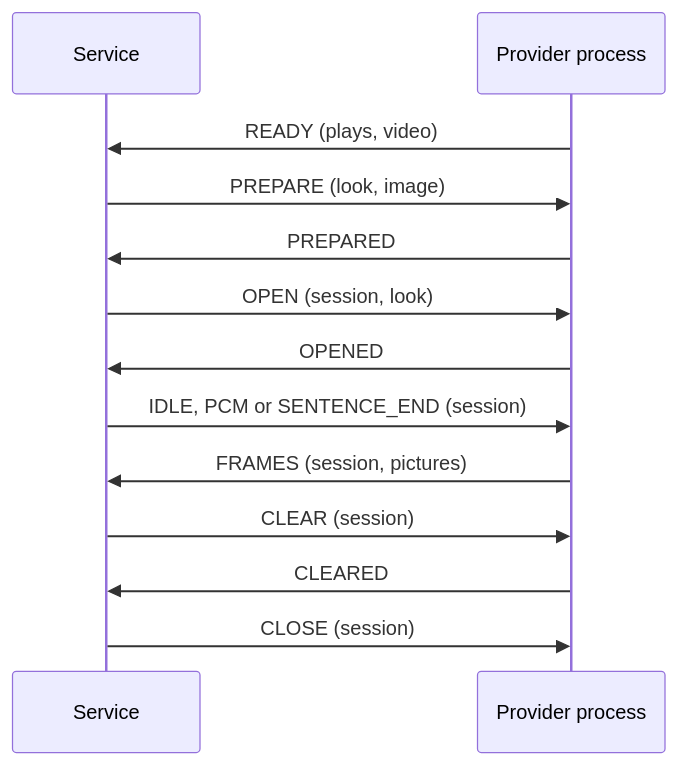
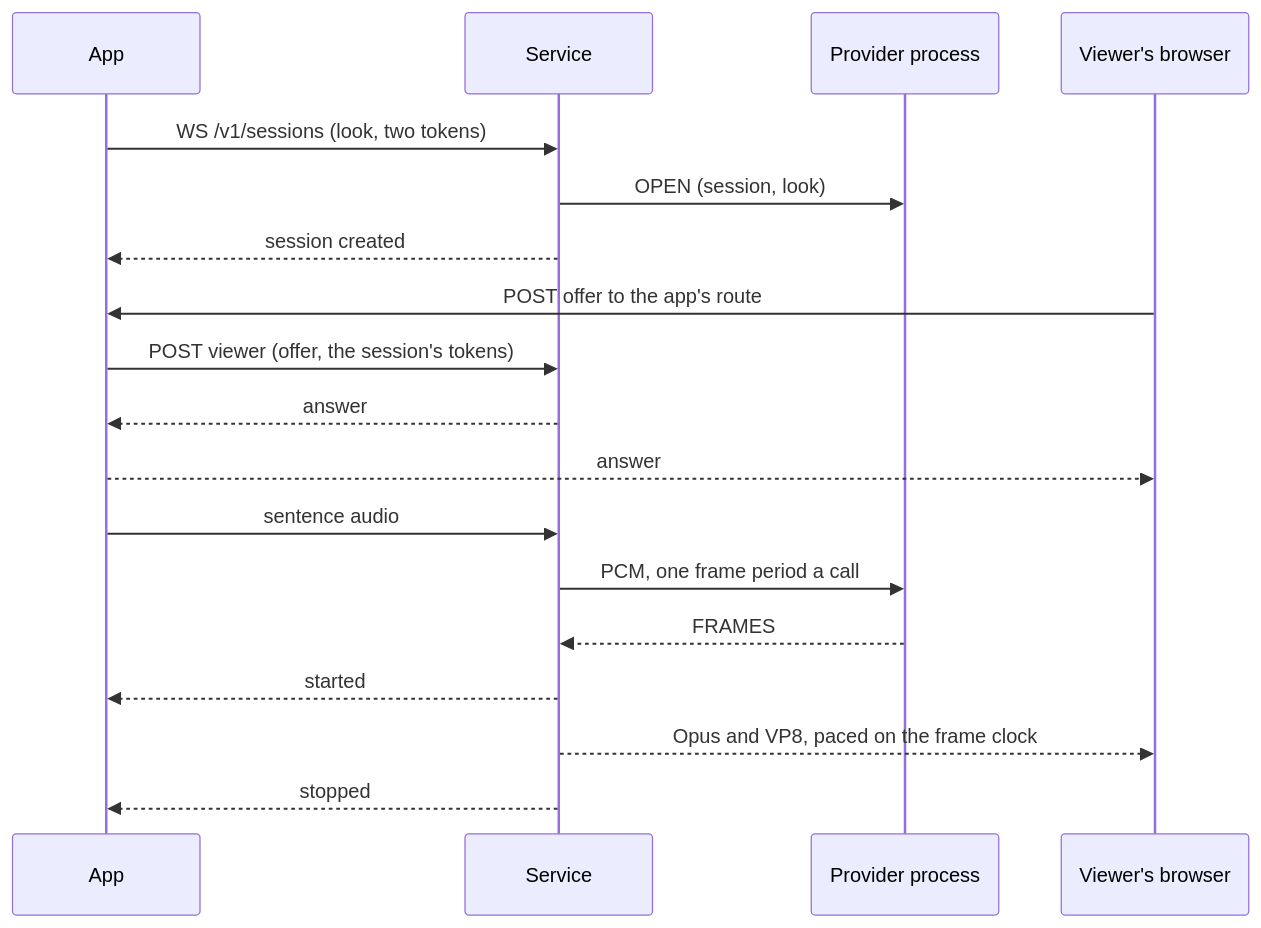
Before and after one commit to overnightworks/video: the second of 2 diagrams in docs/ARCHITECTURE.md, drawn with Mermaid. The commit also changed other lines of this file and 12 other files, not shown here.

````diff
--- a/docs/ARCHITECTURE.md
+++ b/docs/ARCHITECTURE.md
@@ -120,15 +45,20 @@
 ```mermaid
 sequenceDiagram
+    participant A as App
     participant S as Service
     participant P as Provider process
-    P->>S: READY (plays, video)
-    S->>P: PREPARE (look, image)
-    P->>S: PREPARED
+    participant B as Viewer's browser
+    A->>S: WS /v1/sessions (look, two tokens)
     S->>P: OPEN (session, look)
-    P->>S: OPENED
-    S->>P: IDLE, PCM or SENTENCE_END (session)
-    P->>S: FRAMES (session, pictures)
-    S->>P: CLEAR (session)
-    P->>S: CLEARED
-    S->>P: CLOSE (session)
+    S-->>A: session created
+    B->>A: POST offer to the app's route
+    A->>S: POST viewer (offer, the session's tokens)
+    S-->>A: answer
+    A-->>B: answer
+    A->>S: sentence audio
+    S->>P: PCM, one frame period a call
+    P-->>S: FRAMES
+    S-->>A: started
+    S-->>B: Opus and VP8, paced on the frame clock
+    S-->>A: stopped
 ```
````
